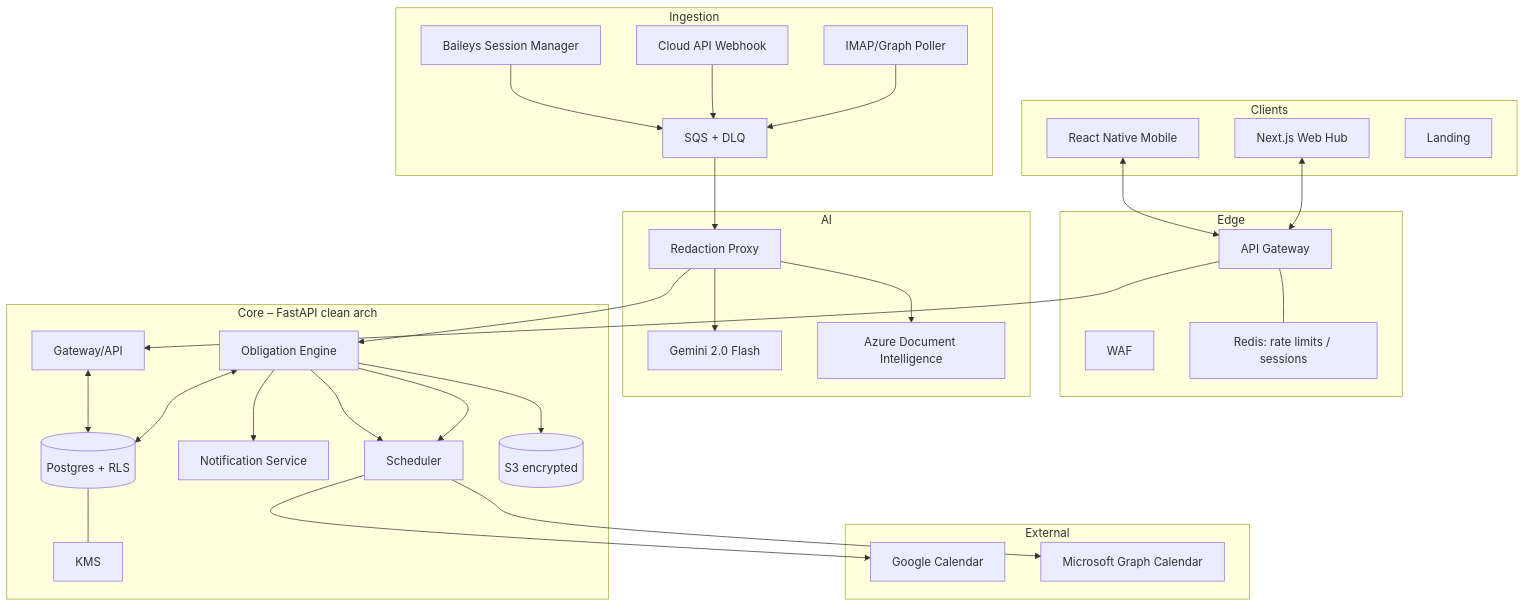
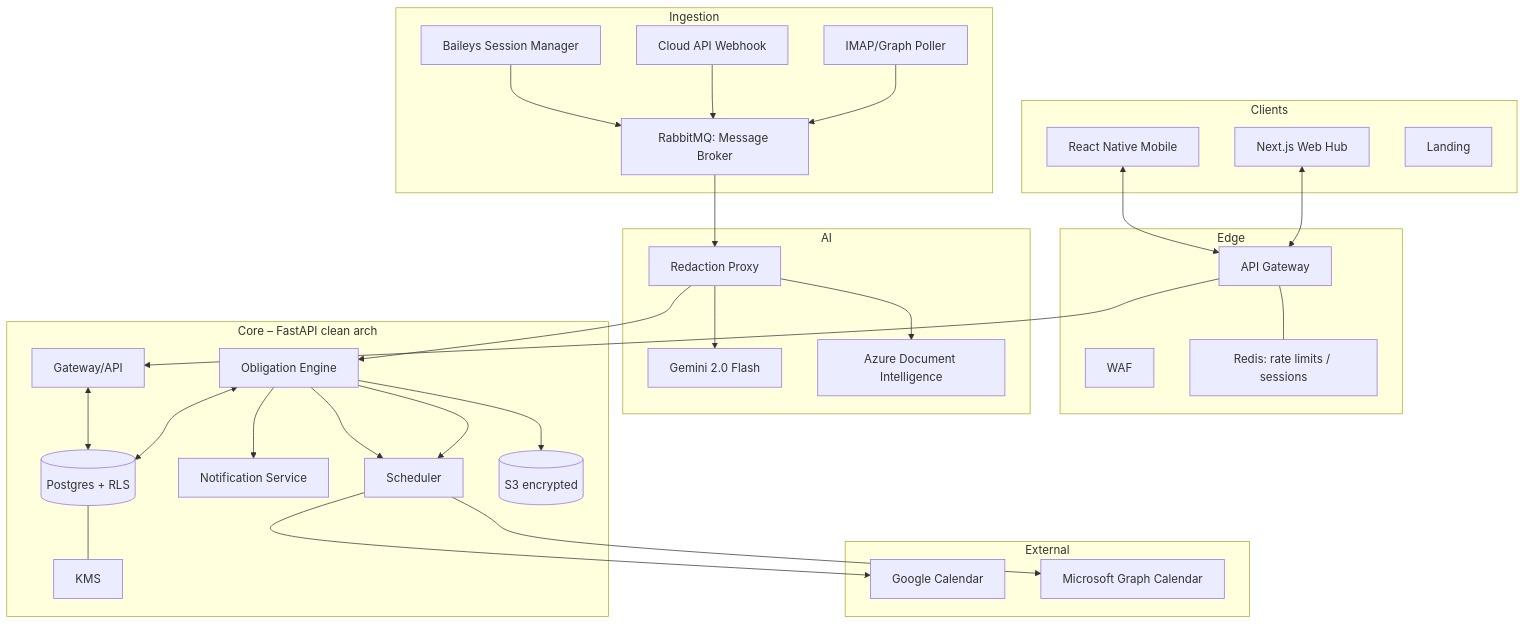
One commit to Rahul-pamula/chatnalyxer_v1 changed the diagram in ARCHITECTURE.md. Above: the diagram before and after it, drawn with Mermaid. The commit also changed other lines of this file and 1 other file, not shown here.

````diff
--- a/ARCHITECTURE.md
+++ b/ARCHITECTURE.md
@@ -13,55 +13,55 @@
 ```mermaid
 graph TD
   subgraph Clients
     RN[React Native Mobile]
     HUB[Next.js Web Hub]
     LAND[Landing]
   end
   subgraph Edge
     WAF[WAF]
     APIGW[API Gateway]
     REDIS[Redis: rate limits / sessions]
   end
   subgraph Ingestion
     WA_DEV[Baileys Session Manager]
     WA_PROD[Cloud API Webhook]
     MAIL[IMAP/Graph Poller]
-    EVBUS[SQS + DLQ]
+    EVBUS[RabbitMQ: Message Broker]
   end
   subgraph AI
     REDACT[Redaction Proxy]
     GEM[Gemini 2.0 Flash]
     OCR[Azure Document Intelligence]
   end
   subgraph Core["Core – FastAPI clean arch"]
     GATE[Gateway/API]
     STATE[Obligation Engine]
     SCHED[Scheduler]
     NOTIF[Notification Service]
     PG[(Postgres + RLS)]
     S3[(S3 encrypted)]
     KMS[KMS]
   end
   subgraph External
     GCAL[Google Calendar]
     MSCAL[Microsoft Graph Calendar]
   end
 
   RN <--> APIGW
   HUB <--> APIGW
   APIGW --- REDIS
   APIGW --> GATE
   WA_DEV --> EVBUS
   WA_PROD --> EVBUS
   MAIL --> EVBUS
   EVBUS --> REDACT --> GEM
   REDACT --> OCR
   REDACT --> STATE
   STATE --> SCHED --> GCAL
   STATE --> SCHED --> MSCAL
   STATE --> NOTIF
   GATE <--> PG
   STATE <--> PG
   STATE --> S3
   PG --- KMS
 ```
````
